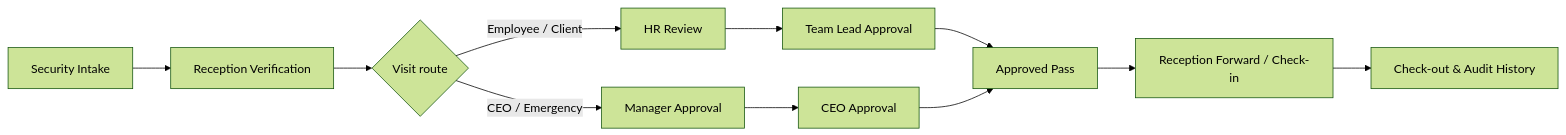
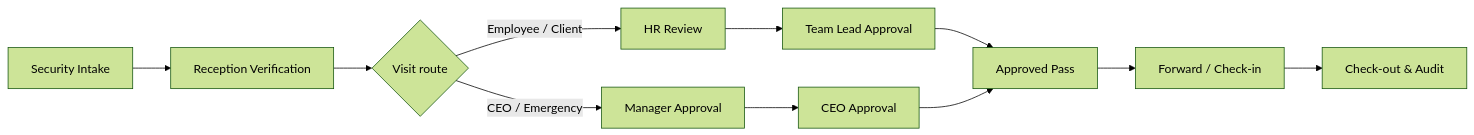
One commit to JetyChodipilli/JetyChodipilli changed the diagram in README.md. Above: the diagram before and after it, drawn with Mermaid (forest theme). The commit also changed other lines of this file, not shown here.

````diff
--- a/README.md
+++ b/README.md
@@ -82,13 +84,13 @@
 ```mermaid
 flowchart LR
     A["Security Intake"] --> B["Reception Verification"]
     B --> C{"Visit route"}
     C -->|Employee / Client| D["HR Review"]
     D --> E["Team Lead Approval"]
     C -->|CEO / Emergency| F["Manager Approval"]
     F --> G["CEO Approval"]
     E --> H["Approved Pass"]
     G --> H
-    H --> I["Reception Forward / Check-in"]
-    I --> J["Check-out & Audit History"]
+    H --> I["Forward / Check-in"]
+    I --> J["Check-out & Audit"]
 ```
````
